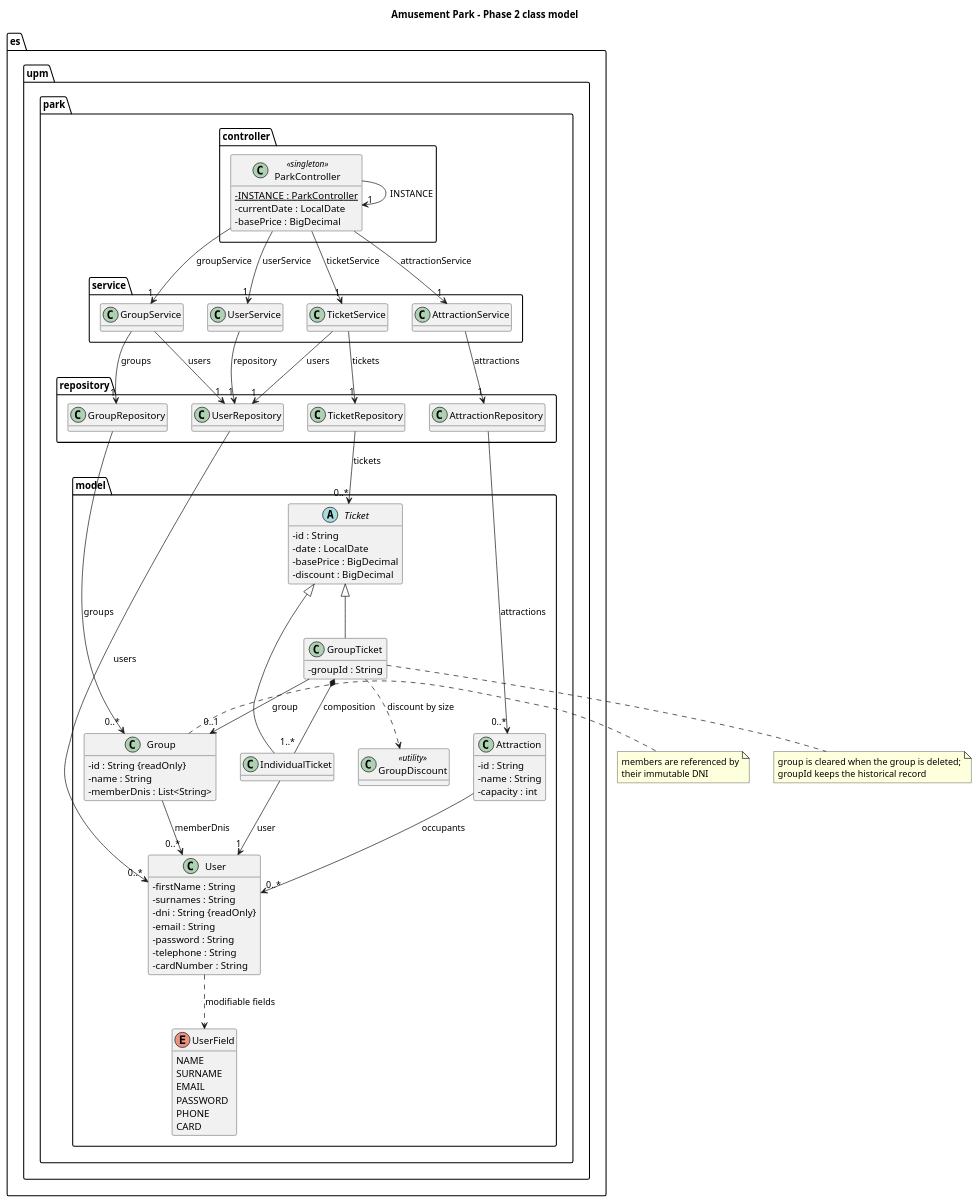
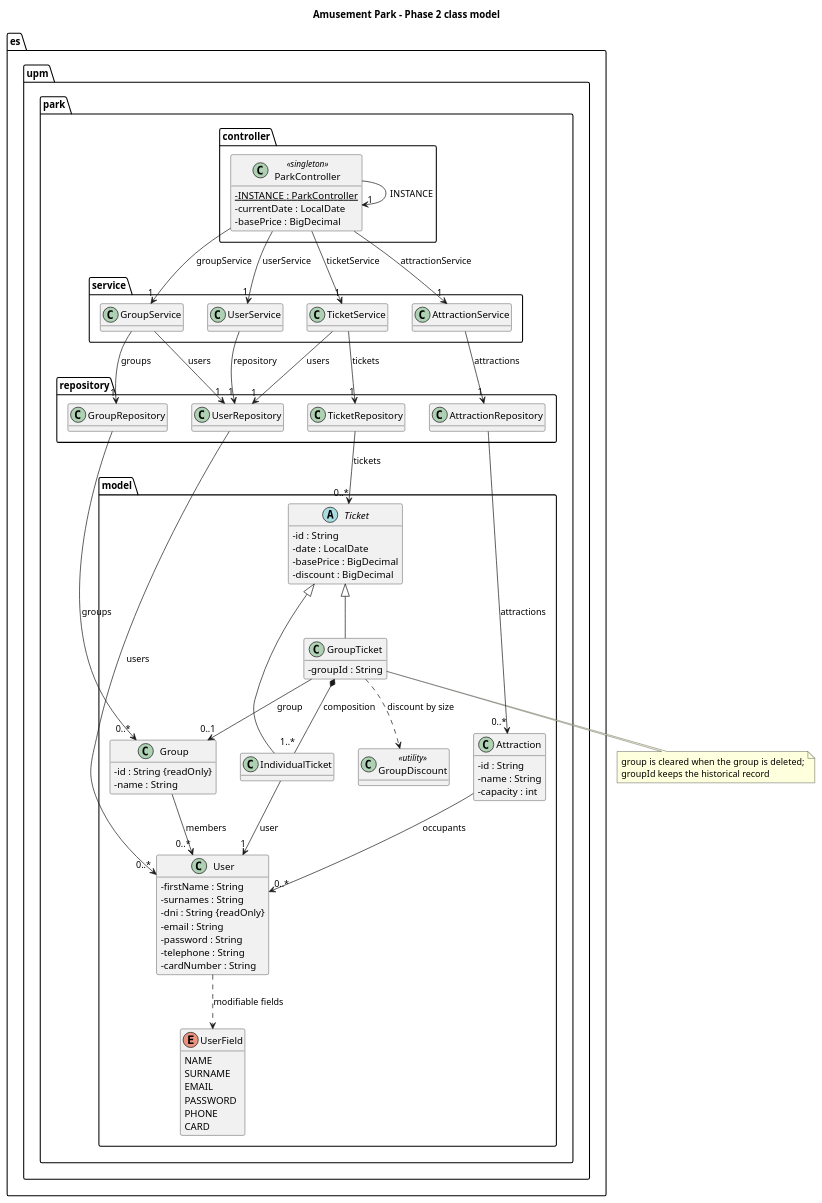
The diagram in uml/model.puml (skai-upm/caise27), drawn with PlantUML before and after one commit. The commit also changed 23 other files, not shown here.

```diff
--- a/uml/model.puml
+++ b/uml/model.puml
@@ -1,118 +1,113 @@
 @startuml
 title Amusement Park - Phase 2 class model
 
 skinparam classAttributeIconSize 0
 hide empty methods
 
 package es.upm.park.model {
 
   class User {
     - firstName : String
     - surnames : String
     - dni : String {readOnly}
     - email : String
     - password : String
     - telephone : String
     - cardNumber : String
   }
 
   enum UserField {
     NAME
     SURNAME
     EMAIL
     PASSWORD
     PHONE
     CARD
   }
 
   class Group {
     - id : String {readOnly}
     - name : String
-    - memberDnis : List<String>
   }
 
   abstract class Ticket {
     - id : String
     - date : LocalDate
     - basePrice : BigDecimal
     - discount : BigDecimal
   }
 
   class IndividualTicket {
   }
 
   class GroupTicket {
     - groupId : String
   }
 
   class GroupDiscount <<utility>> {
   }
 
   class Attraction {
     - id : String
     - name : String
     - capacity : int
   }
 }
 
 package es.upm.park.controller {
   class ParkController <<singleton>> {
     - {static} INSTANCE : ParkController
     - currentDate : LocalDate
     - basePrice : BigDecimal
   }
 }
 
 package es.upm.park.service {
   class UserService
   class GroupService
   class TicketService
   class AttractionService
 }
 
 package es.upm.park.repository {
   class UserRepository
   class GroupRepository
   class TicketRepository
   class AttractionRepository
 }
 
 ' --- ticket hierarchy and composition
 Ticket <|-- IndividualTicket
 Ticket <|-- GroupTicket
 GroupTicket *-- "1..*" IndividualTicket : composition
 GroupTicket ..> GroupDiscount : discount by size
 
 ' --- directed relationships among model elements (users hold no references)
 IndividualTicket --> "1" User : user
 GroupTicket --> "0..1" Group : group
-Group --> "0..*" User : memberDnis
+Group --> "0..*" User : members
 Attraction --> "0..*" User : occupants
 User ..> UserField : modifiable fields
 
 ' --- central management (single instance) and the elements it coordinates
 ParkController --> "1" ParkController : INSTANCE
 ParkController --> "1" UserService : userService
 ParkController --> "1" GroupService : groupService
 ParkController --> "1" TicketService : ticketService
 ParkController --> "1" AttractionService : attractionService
 UserService --> "1" UserRepository : repository
 GroupService --> "1" GroupRepository : groups
 GroupService --> "1" UserRepository : users
 TicketService --> "1" TicketRepository : tickets
 TicketService --> "1" UserRepository : users
 AttractionService --> "1" AttractionRepository : attractions
 UserRepository --> "0..*" User : users
 GroupRepository --> "0..*" Group : groups
 TicketRepository --> "0..*" Ticket : tickets
 AttractionRepository --> "0..*" Attraction : attractions
 
-note right of Group
-  members are referenced by
-  their immutable DNI
-end note
 note bottom of GroupTicket
   group is cleared when the group is deleted;
   groupId keeps the historical record
 end note
 @enduml
```
